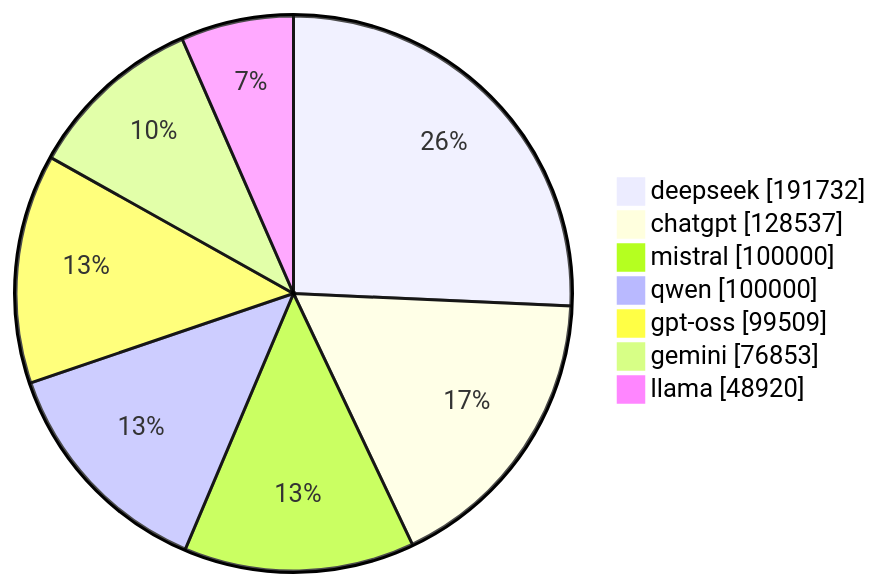
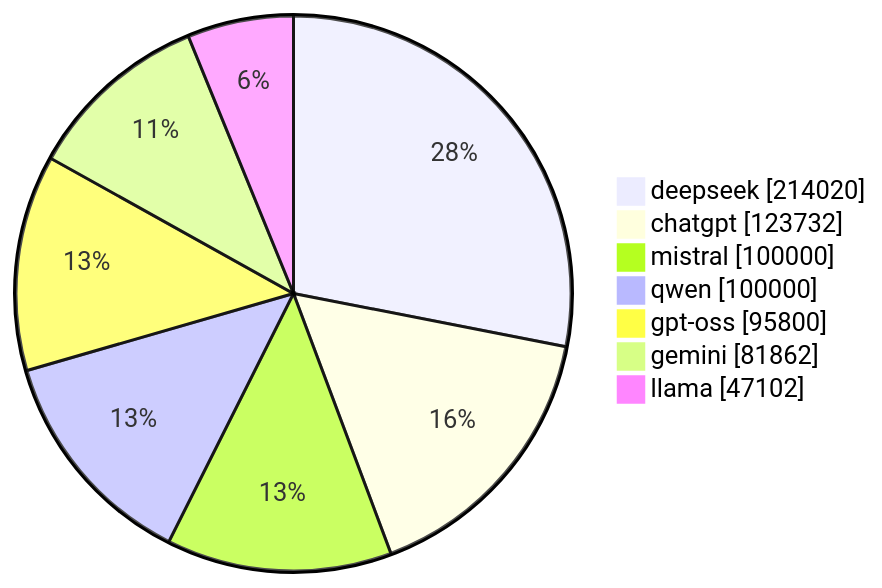
One commit to gqgs/llm100kbench changed the diagram in README.md. Above: the diagram before and after it, drawn with Mermaid. The commit also changed other lines of this file and 17 other files, not shown here.

````diff
--- a/README.md
+++ b/README.md
@@ -50,10 +50,10 @@
 ```mermaid
 pie showData
-    "deepseek" : 191732
-    "chatgpt" : 128537
+    "deepseek" : 214020
+    "chatgpt" : 123732
     "mistral" : 100000
     "qwen" : 100000
-    "gpt-oss" : 99509
-    "gemini" : 76853
-    "llama" : 48920
+    "gpt-oss" : 95800
+    "gemini" : 81862
+    "llama" : 47102
 ```
````
